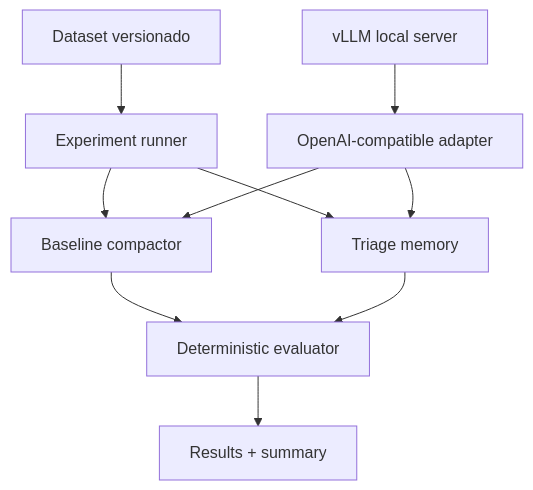
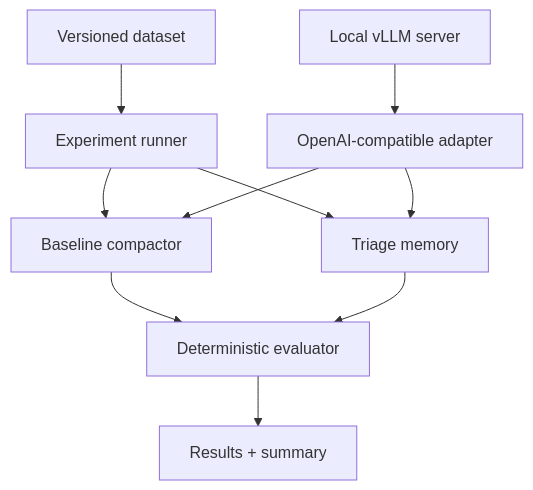
Before and after one commit to seseWho/memory-triage-lab: the diagram in docs/02-architecture.md, drawn with Mermaid. The commit also changed other lines of this file and 6 other files, not shown here.

````diff
--- a/docs/02-architecture.md
+++ b/docs/02-architecture.md
@@ -5,12 +5,12 @@
 ```mermaid
 flowchart TD
-    D["Dataset versionado"] --> R["Experiment runner"]
+    D["Versioned dataset"] --> R["Experiment runner"]
     R --> B["Baseline compactor"]
     R --> T["Triage memory"]
     B --> E["Deterministic evaluator"]
     T --> E
     E --> O["Results + summary"]
-    V["vLLM local server"] --> L["OpenAI-compatible adapter"]
+    V["Local vLLM server"] --> L["OpenAI-compatible adapter"]
     L --> B
     L --> T
 ```
````
